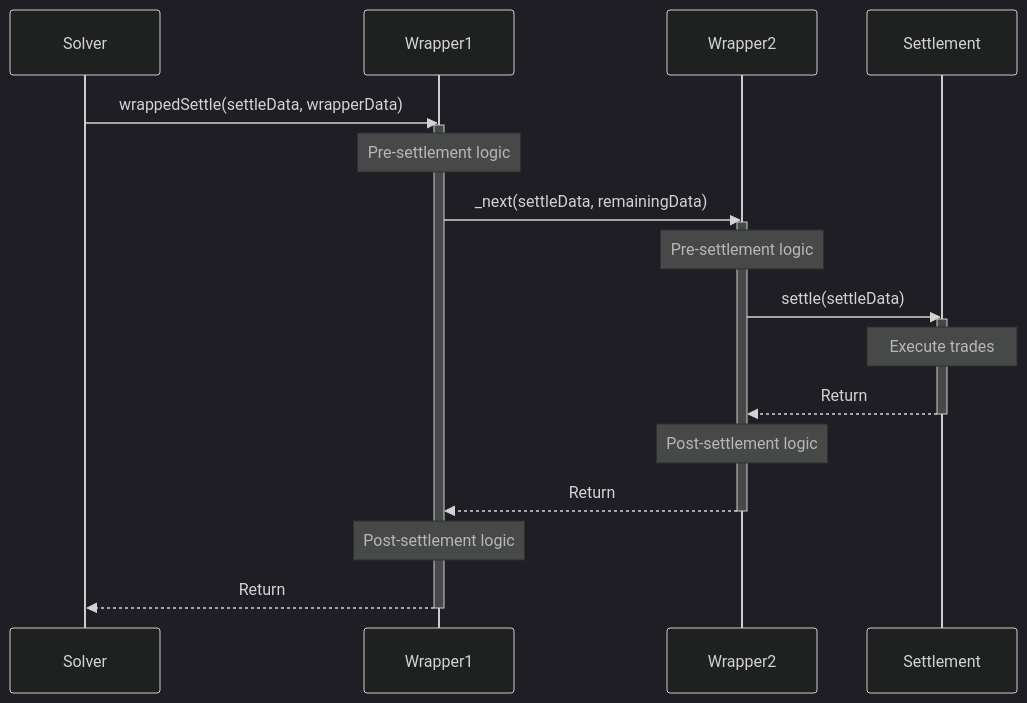
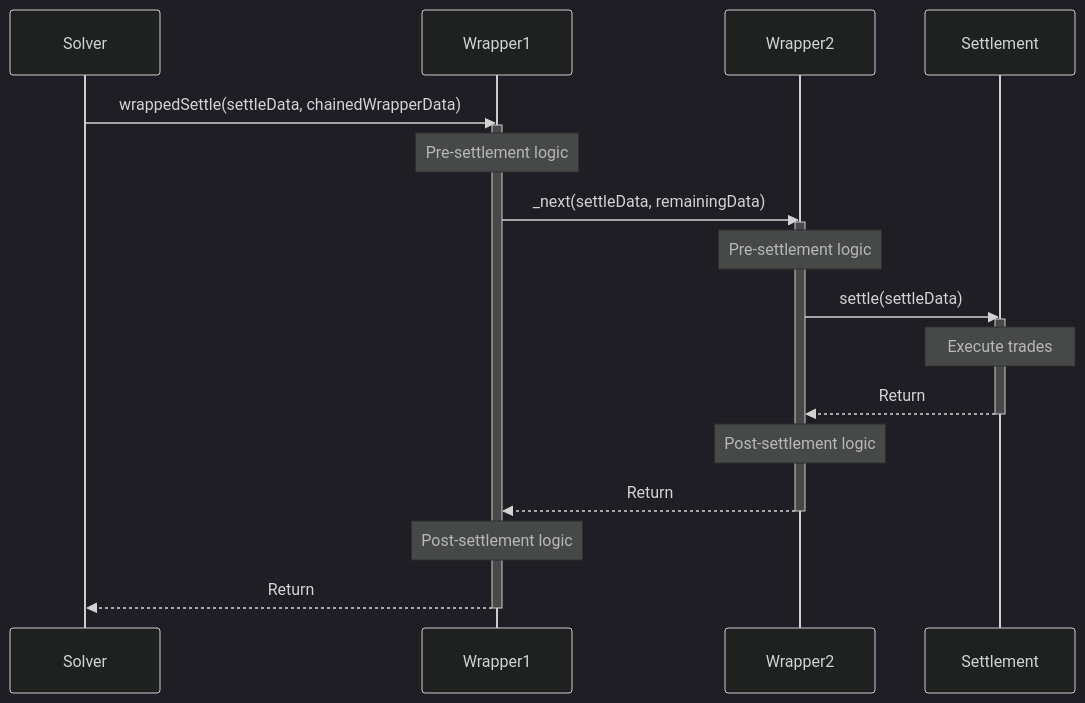
Before and after one commit to cowprotocol/docs: the diagram in docs/cow-protocol/reference/contracts/periphery/wrapper.mdx, drawn with Mermaid (dark theme). The commit also changed other lines of this file and 1 other file, not shown here.

````diff
--- a/docs/cow-protocol/reference/contracts/periphery/wrapper.mdx
+++ b/docs/cow-protocol/reference/contracts/periphery/wrapper.mdx
@@ -13,25 +13,25 @@
 ```mermaid
 sequenceDiagram
     participant Solver
     participant Wrapper1
     participant Wrapper2
     participant Settlement
 
-    Solver->>Wrapper1: wrappedSettle(settleData, wrapperData)
+    Solver->>Wrapper1: wrappedSettle(settleData, chainedWrapperData)
     activate Wrapper1
     Note over Wrapper1: Pre-settlement logic
     Wrapper1->>Wrapper2: _next(settleData, remainingData)
     activate Wrapper2
     Note over Wrapper2: Pre-settlement logic
     Wrapper2->>Settlement: settle(settleData)
     activate Settlement
     Note over Settlement: Execute trades
     Settlement-->>Wrapper2: Return
     deactivate Settlement
     Note over Wrapper2: Post-settlement logic
     Wrapper2-->>Wrapper1: Return
     deactivate Wrapper2
     Note over Wrapper1: Post-settlement logic
     Wrapper1-->>Solver: Return
     deactivate Wrapper1
 ```
````
